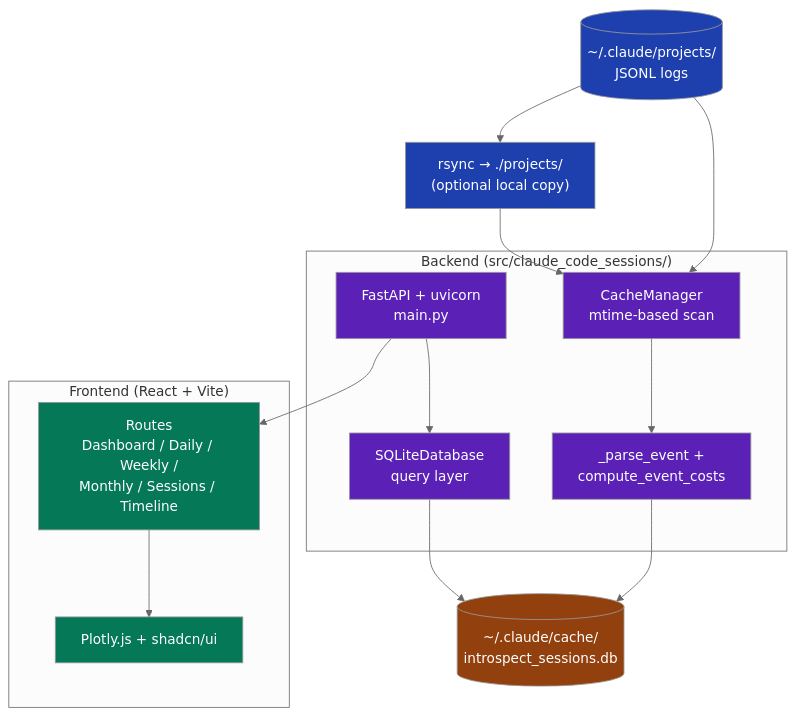
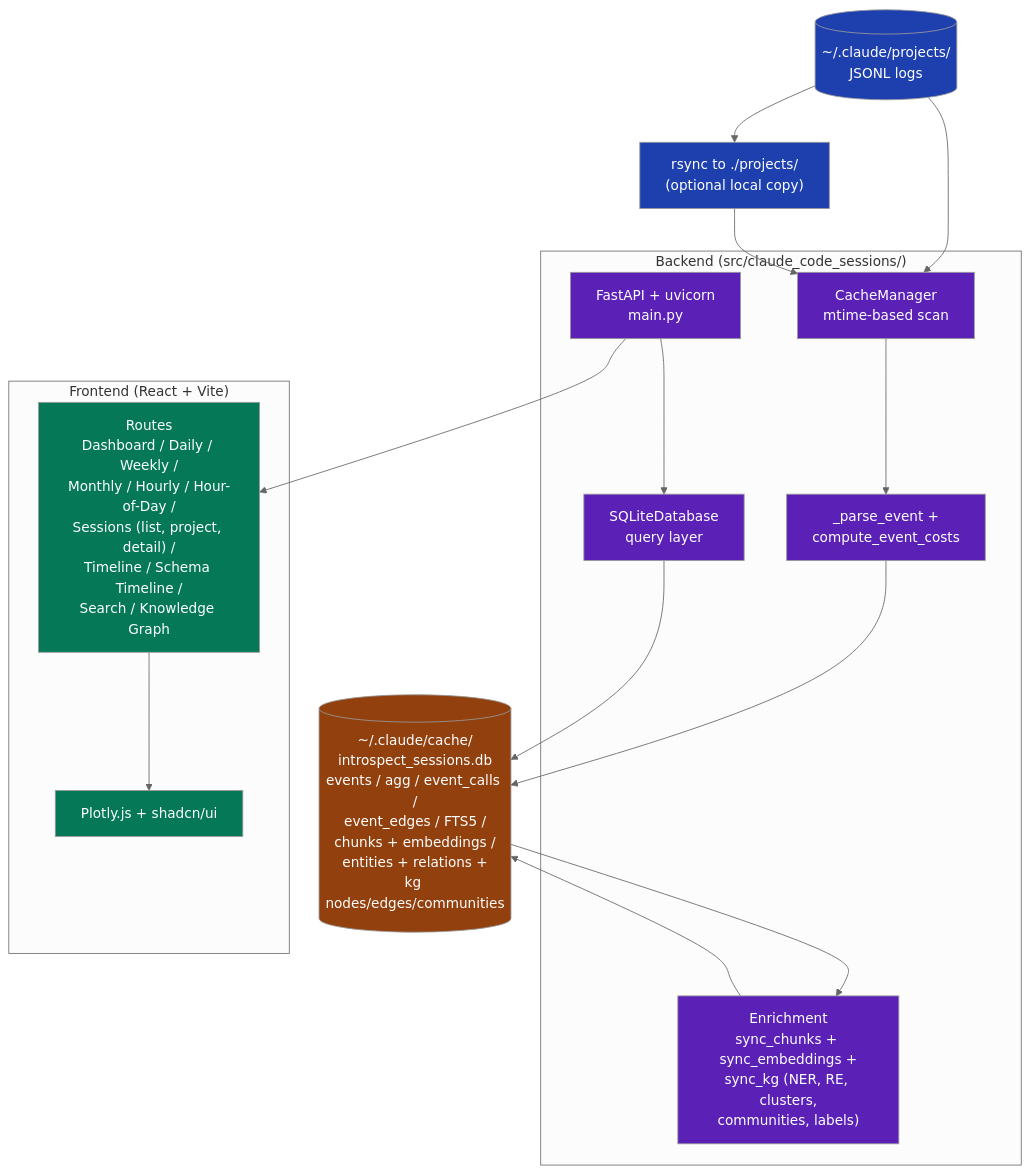
The second of 8 diagrams in README.md (neozenith/claude-code-sessions), drawn with Mermaid (neutral theme) before and after one commit. The commit also changed other lines of this file, not shown here.

````diff
--- a/README.md
+++ b/README.md
@@ -36,34 +41,37 @@
 ```mermaid
 flowchart TB
     JSONL[("~/.claude/projects/<br/>JSONL logs")]:::source
-    RSYNC["rsync → ./projects/<br/>(optional local copy)"]:::source
+    RSYNC["rsync to ./projects/<br/>(optional local copy)"]:::source
 
     subgraph Backend["Backend (src/claude_code_sessions/)"]
         INGEST["CacheManager<br/>mtime-based scan"]:::process
         PARSE["_parse_event +<br/>compute_event_costs"]:::process
+        ENRICH["Enrichment<br/>sync_chunks + sync_embeddings +<br/>sync_kg (NER, RE, clusters,<br/>communities, labels)"]:::process
         DB["SQLiteDatabase<br/>query layer"]:::process
         API["FastAPI + uvicorn<br/>main.py"]:::process
     end
 
-    CACHE[("~/.claude/cache/<br/>introspect_sessions.db")]:::storage
+    CACHE[("~/.claude/cache/<br/>introspect_sessions.db<br/>events / agg / event_calls /<br/>event_edges / FTS5 /<br/>chunks + embeddings /<br/>entities + relations +<br/>kg nodes/edges/communities")]:::storage
 
     subgraph Frontend["Frontend (React + Vite)"]
-        ROUTES["Routes<br/>Dashboard / Daily / Weekly /<br/>Monthly / Sessions / Timeline"]:::output
+        ROUTES["Routes<br/>Dashboard / Daily / Weekly /<br/>Monthly / Hourly / Hour-of-Day /<br/>Sessions (list, project, detail) /<br/>Timeline / Schema Timeline /<br/>Search / Knowledge Graph"]:::output
         CHARTS["Plotly.js + shadcn/ui"]:::output
     end
 
     JSONL --> RSYNC
     JSONL --> INGEST
     RSYNC --> INGEST
     INGEST --> PARSE
     PARSE --> CACHE
+    CACHE --> ENRICH
+    ENRICH --> CACHE
     DB --> CACHE
     API --> DB
     API --> ROUTES
     ROUTES --> CHARTS
 
     classDef source  fill:#1e40af,color:#ffffff
     classDef storage fill:#92400e,color:#ffffff
     classDef process fill:#5b21b6,color:#ffffff
     classDef output  fill:#047857,color:#ffffff
 ```
````
